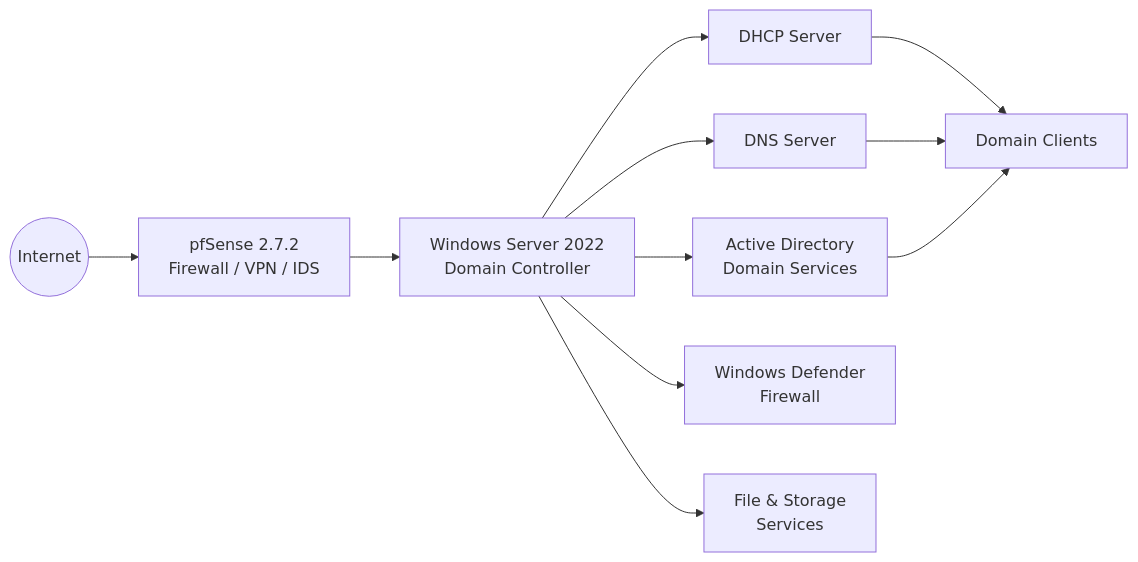
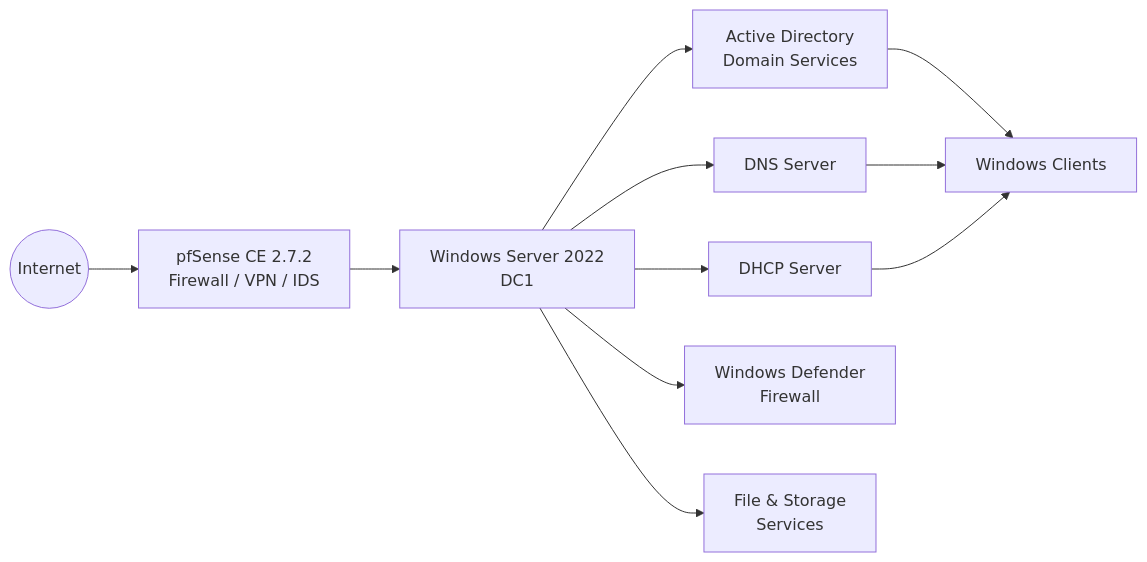
One commit to MiguelStattmiller/Enterprise-Infrastructure-Lab changed the diagram in 01-Windows-Server/README.md. Above: the diagram before and after it, drawn with Mermaid. The commit also changed other lines of this file, not shown here.

````diff
--- a/01-Windows-Server/README.md
+++ b/01-Windows-Server/README.md
@@ -29,40 +13,34 @@
 ```mermaid
 flowchart LR
 
     Internet((Internet))
 
-    pfSense["pfSense 2.7.2
-    Firewall / VPN / IDS"]
+    pfSense["pfSense CE 2.7.2<br/>Firewall / VPN / IDS"]
 
-    DC["Windows Server 2022
-    Domain Controller"]
+    DC["Windows Server 2022<br/>DC1"]
 
-    AD["Active Directory
-    Domain Services"]
+    AD["Active Directory<br/>Domain Services"]
 
     DNS["DNS Server"]
 
     DHCP["DHCP Server"]
 
-    FW["Windows Defender
-    Firewall"]
+    FW["Windows Defender<br/>Firewall"]
 
-    FS["File & Storage
-    Services"]
+    FS["File & Storage<br/>Services"]
 
-    Clients["Domain Clients"]
+    Clients["Windows Clients"]
 
     Internet --> pfSense
-
     pfSense --> DC
 
     DC --> AD
     DC --> DNS
     DC --> DHCP
     DC --> FW
     DC --> FS
 
+    AD --> Clients
+    DNS --> Clients
     DHCP --> Clients
-    DNS --> Clients
-    AD --> Clients
 ```
````
